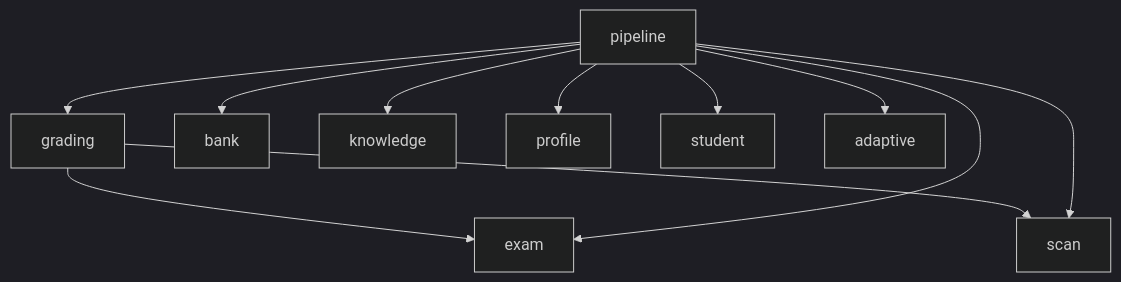
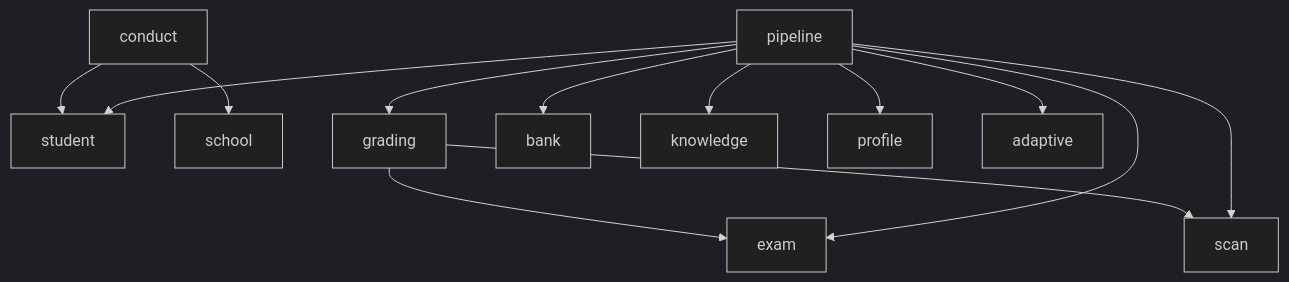
The diagram in docs/governance/dependency-graph.md (juanwan99/edu-cloud), drawn with Mermaid (dark theme) before and after one commit. The commit also changed 10 other files, not shown here.

````diff
--- a/docs/governance/dependency-graph.md
+++ b/docs/governance/dependency-graph.md
@@ -5,13 +5,15 @@
 ```mermaid
 flowchart TD
+  conduct --> student
+  conduct --> school
   grading --> exam
   grading --> scan
   pipeline --> exam
   pipeline --> scan
   pipeline --> grading
   pipeline --> bank
   pipeline --> knowledge
   pipeline --> profile
   pipeline --> student
   pipeline --> adaptive
 ```
````
